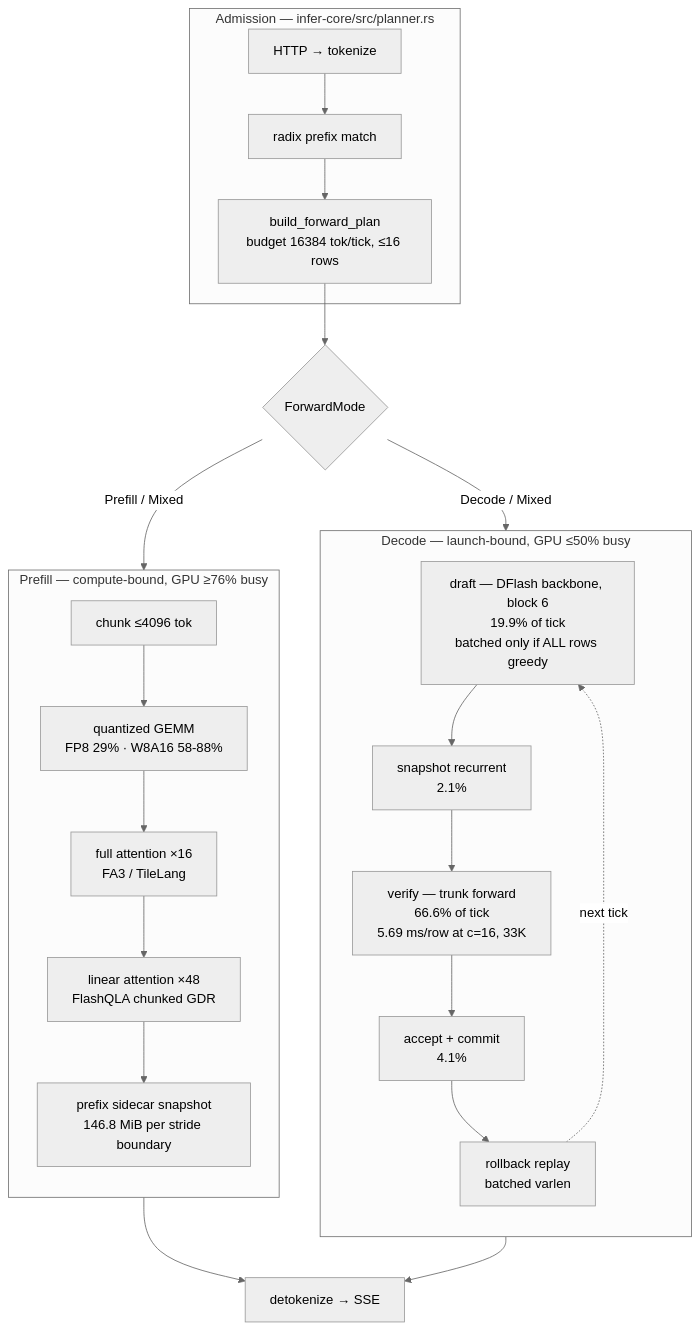
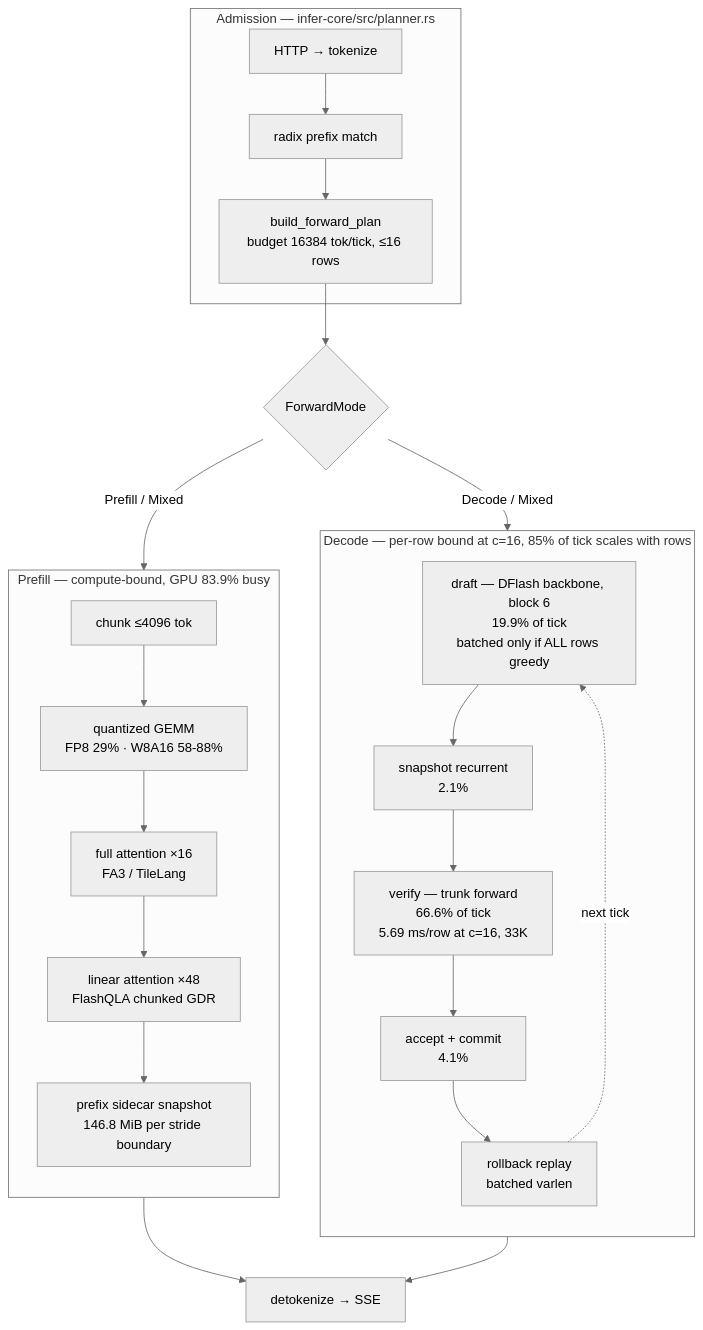
The diagram in docs/perf-qwen36-27b.md (acupof-ai/arle), drawn with Mermaid (neutral theme) before and after one commit. The commit also changed other lines of this file, not shown here.

````diff
--- a/docs/perf-qwen36-27b.md
+++ b/docs/perf-qwen36-27b.md
@@ -221,31 +246,31 @@
 ```mermaid
 flowchart TB
     subgraph ADMIT["Admission — infer-core/src/planner.rs"]
         A1["HTTP → tokenize"] --> A2["radix prefix match"]
         A2 --> A3["build_forward_plan<br/>budget 16384 tok/tick, ≤16 rows"]
     end
 
     A3 --> P{"ForwardMode"}
 
-    subgraph PREFILL["Prefill — compute-bound, GPU ≥76% busy"]
+    subgraph PREFILL["Prefill — compute-bound, GPU 83.9% busy"]
         direction TB
         B1["chunk ≤4096 tok"] --> B2["quantized GEMM<br/>FP8 29% · W8A16 58-88%"]
         B2 --> B3["full attention ×16<br/>FA3 / TileLang"]
         B3 --> B4["linear attention ×48<br/>FlashQLA chunked GDR"]
         B4 --> B5["prefix sidecar snapshot<br/>146.8 MiB per stride boundary"]
     end
 
-    subgraph DECODE["Decode — launch-bound, GPU ≤50% busy"]
+    subgraph DECODE["Decode — per-row bound at c=16, 85% of tick scales with rows"]
         direction TB
         C1["draft — DFlash backbone, block 6<br/>19.9% of tick<br/>batched only if ALL rows greedy"] --> C2["snapshot recurrent<br/>2.1%"]
         C2 --> C3["verify — trunk forward<br/>66.6% of tick<br/>5.69 ms/row at c=16, 33K"]
         C3 --> C4["accept + commit<br/>4.1%"]
         C4 --> C5["rollback replay<br/>batched varlen"]
     end
 
     P -->|Prefill / Mixed| PREFILL
     P -->|Decode / Mixed| DECODE
     PREFILL --> OUT["detokenize → SSE"]
     DECODE --> OUT
     C5 -.->|next tick| C1
 ```
````
